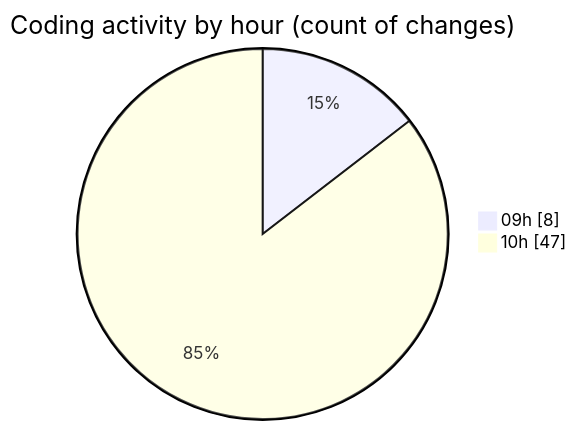
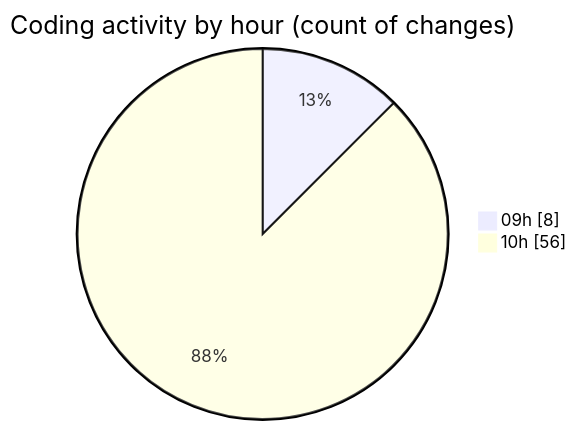
The second of 2 diagrams in 2025-06-03/ecodeli-1/README.md (CELIANVF/code-tracking), drawn with Mermaid before and after one commit. The commit also changed other lines of this file and 1 other file, not shown here.

````diff
--- a/2025-06-03/ecodeli-1/README.md
+++ b/2025-06-03/ecodeli-1/README.md
@@ -58,6 +62,6 @@
 ```mermaid
 pie showData
 title Coding activity by hour (count of changes)
 "09h" : 8
-"10h" : 47
+"10h" : 56
 ```
````
